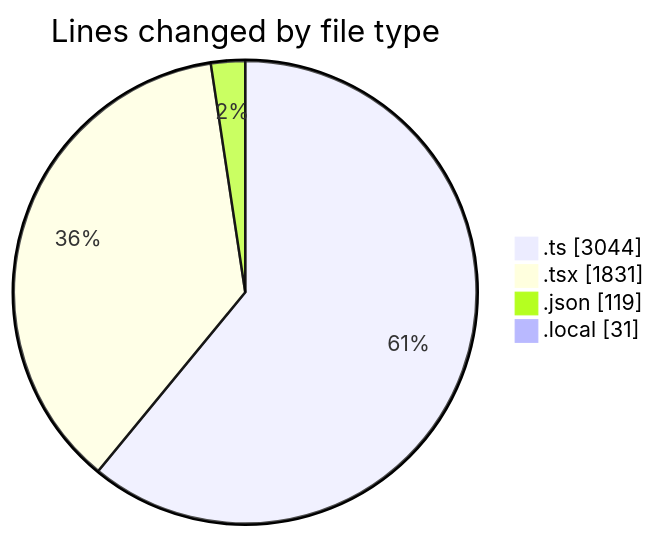
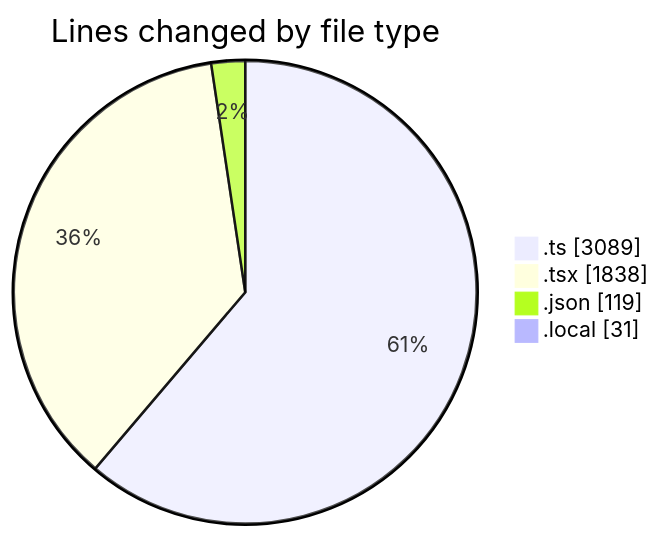
One commit to julien-gomy/code-tracking changed the first of 2 diagrams in 2025-11-10/eventscop-frontend-guide__workspace_/README.md. Above: the diagram before and after it, drawn with Mermaid. The commit also changed other lines of this file and 1 other file, not shown here.

````diff
--- a/2025-11-10/eventscop-frontend-guide__workspace_/README.md
+++ b/2025-11-10/eventscop-frontend-guide__workspace_/README.md
@@ -54,8 +54,8 @@
 ```mermaid
 pie showData
 title Lines changed by file type
-".ts" : 3044
-".tsx" : 1831
+".ts" : 3089
+".tsx" : 1838
 ".json" : 119
 ".local" : 31
 ```
````
